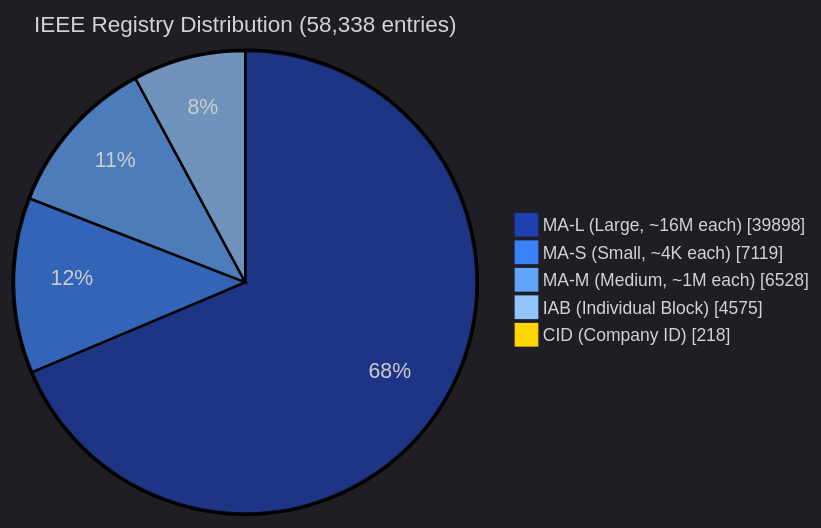
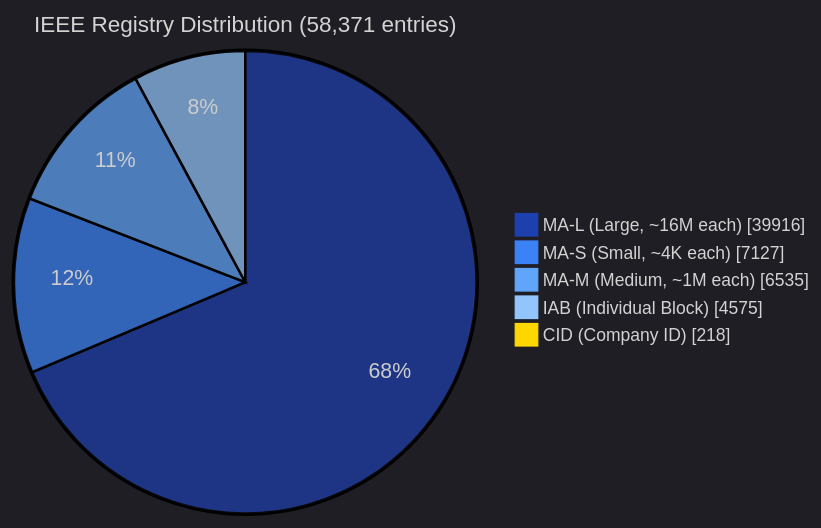
The third of 5 diagrams in README.md (Ringmast4r/OUI-Master-Database), drawn with Mermaid before and after one commit. The commit also changed other lines of this file and 14 other files, not shown here.

````diff
--- a/README.md
+++ b/README.md
@@ -129,10 +129,10 @@
 ```mermaid
 %%{init: {'theme':'dark', 'themeVariables': {'pie1':'#1E40AF','pie2':'#3B82F6','pie3':'#60A5FA','pie4':'#93C5FD','pie5':'#FFD700','pieTitleTextSize':'18px','pieLegendTextSize':'14px'}}}%%
 pie showData
-    title IEEE Registry Distribution (58,338 entries)
-    "MA-L (Large, ~16M each)" : 39898
-    "MA-S (Small, ~4K each)" : 7119
-    "MA-M (Medium, ~1M each)" : 6528
+    title IEEE Registry Distribution (58,371 entries)
+    "MA-L (Large, ~16M each)" : 39916
+    "MA-S (Small, ~4K each)" : 7127
+    "MA-M (Medium, ~1M each)" : 6535
     "IAB (Individual Block)" : 4575
     "CID (Company ID)" : 218
 ```
````
